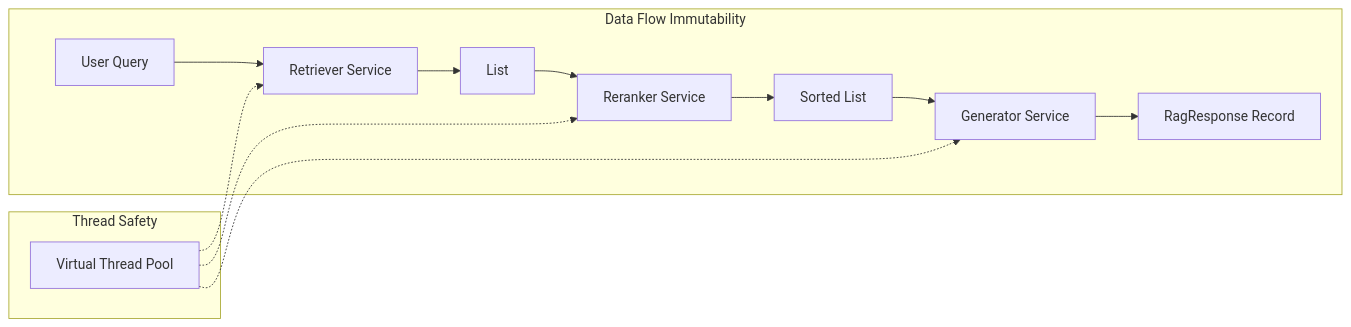
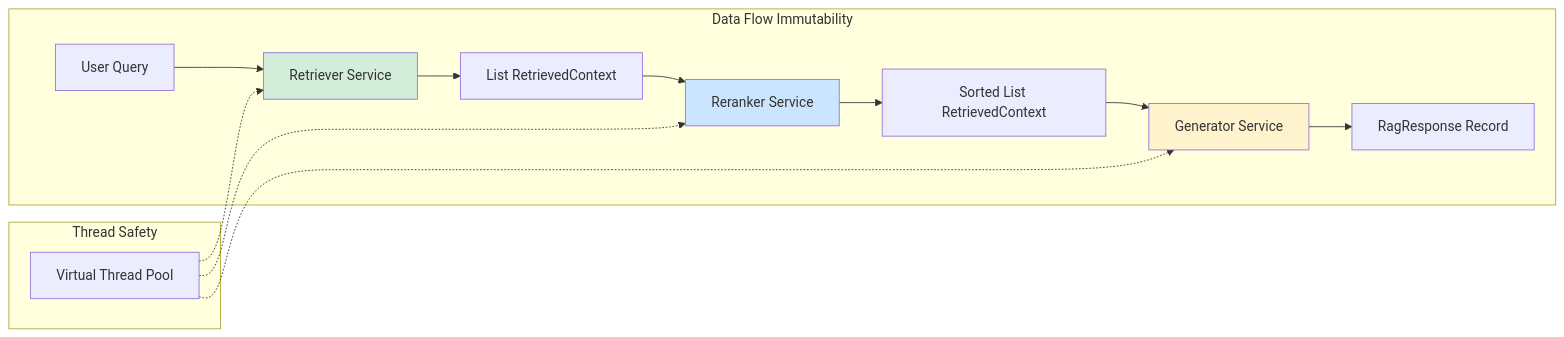
Before and after one commit to Joaquinriosheredia/DAM-Java-Mastery: the second of 3 diagrams in 08_IA_Agentes/rag_avanzado_embeddings_locales_y_reranking_langchain4j_STAFF.md, drawn with Mermaid. The commit also changed other lines of this file, not shown here.

````diff
--- a/08_IA_Agentes/rag_avanzado_embeddings_locales_y_reranking_langchain4j_STAFF.md
+++ b/08_IA_Agentes/rag_avanzado_embeddings_locales_y_reranking_langchain4j_STAFF.md
@@ -111,17 +162,21 @@
 ```mermaid
 graph LR
     subgraph "Data Flow Immutability"
         QUERY[User Query] --> RET[Retriever Service]
-        RET --> LIST[List<RetrievedContext>]
+        RET --> LIST[List RetrievedContext]
         LIST --> RERANK[Reranker Service]
-        RERANK --> SORTED[Sorted List<RetrievedContext>]
+        RERANK --> SORTED[Sorted List RetrievedContext]
         SORTED --> GEN[Generator Service]
         GEN --> RESP[RagResponse Record]
     end
     
     subgraph "Thread Safety"
         VT[Virtual Thread Pool] -.-> RET
         VT -.-> RERANK
         VT -.-> GEN
     end
+    
+    style RET fill:#d4edda
+    style RERANK fill:#cce5ff
+    style GEN fill:#fff3cd
 ```
````
